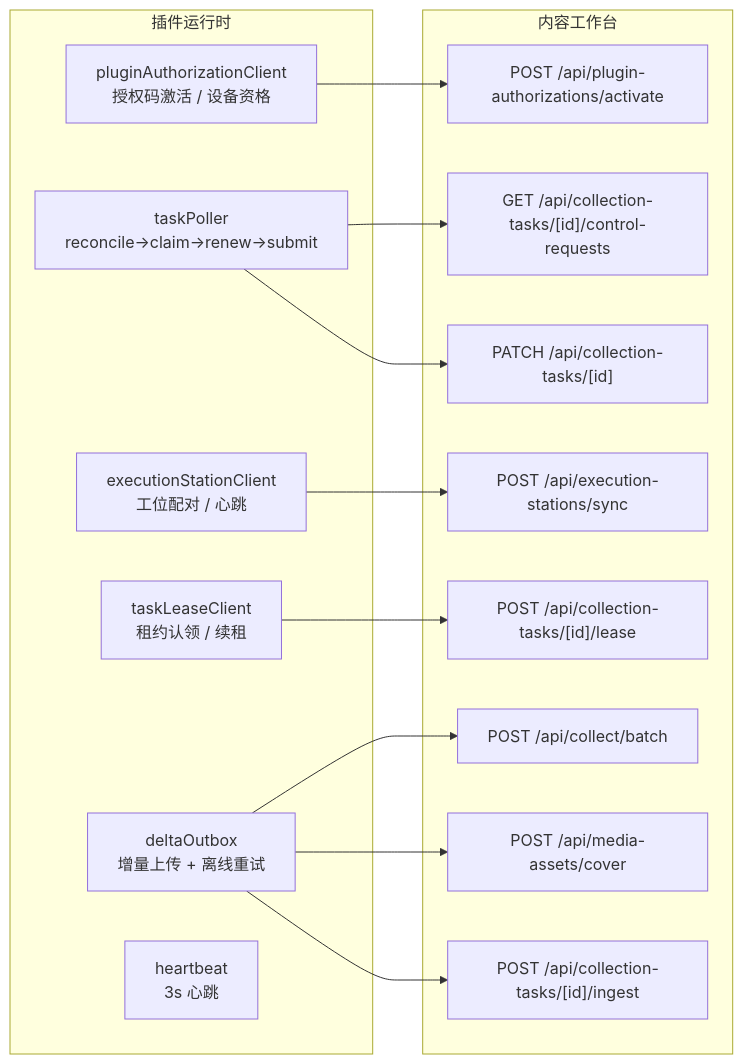
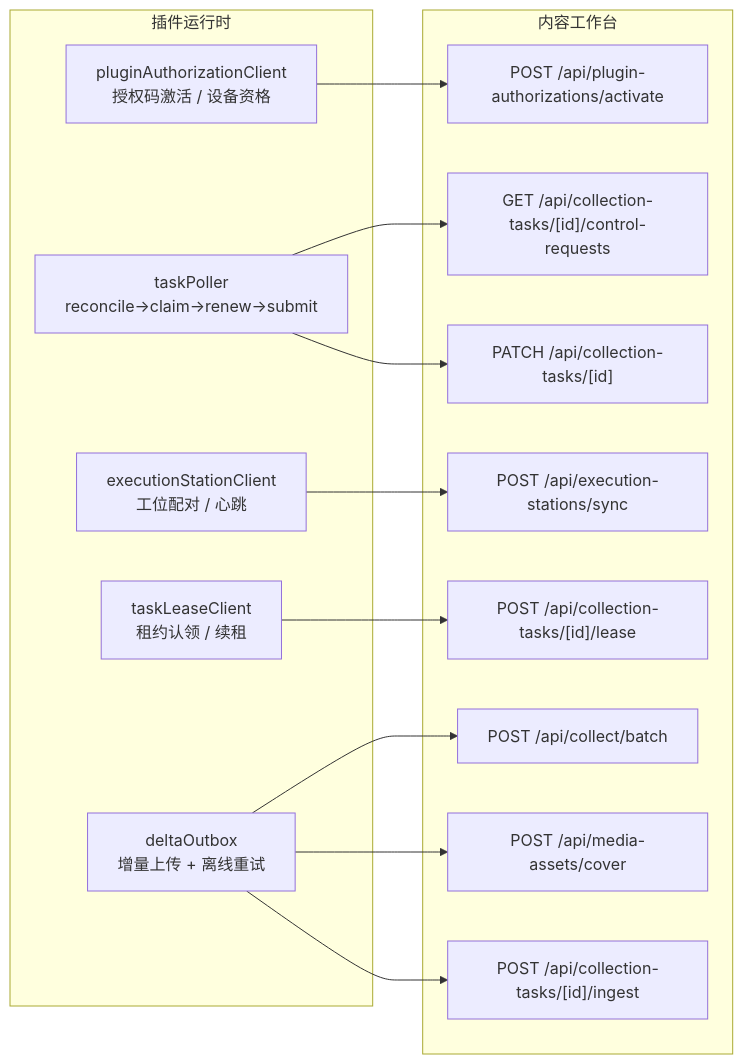
Before and after one commit to Himog0921/linggan-boom: the fifth of 6 diagrams in docs/product/PRD.md, drawn with Mermaid. The commit also changed other lines of this file and 1 other file, not shown here.

````diff
--- a/docs/product/PRD.md
+++ b/docs/product/PRD.md
@@ -654,30 +647,29 @@
 ```mermaid
 flowchart LR
     subgraph 内容工作台
         API1["POST /api/plugin-authorizations/activate"]
         API2["POST /api/collect/batch"]
         API3["POST /api/media-assets/cover"]
         API4["POST /api/execution-stations/sync"]
         API5["POST /api/collection-tasks/[id]/lease"]
         API6["POST /api/collection-tasks/[id]/ingest"]
         API7["GET /api/collection-tasks/[id]/control-requests"]
         API8["PATCH /api/collection-tasks/[id]"]
     end
     subgraph 插件运行时
         AUTH["pluginAuthorizationClient<br/>授权码激活 / 设备资格"]
         POLL["taskPoller<br/>reconcile→claim→renew→submit"]
         STN["executionStationClient<br/>工位配对 / 心跳"]
         LEASE["taskLeaseClient<br/>租约认领 / 续租"]
         OUTBOX["deltaOutbox<br/>增量上传 + 离线重试"]
-        HB["heartbeat<br/>3s 心跳"]
     end
 
     AUTH --> API1
     OUTBOX --> API2
     OUTBOX --> API3
     STN --> API4
     LEASE --> API5
     OUTBOX --> API6
     POLL --> API7
     POLL --> API8
 ```
````
